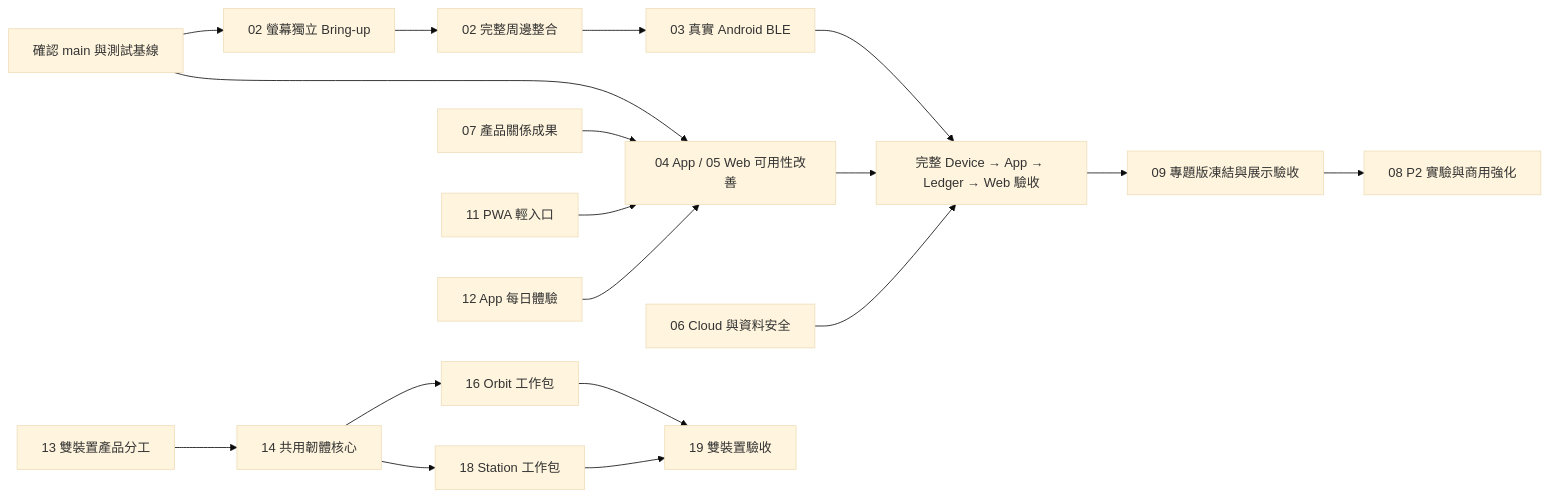
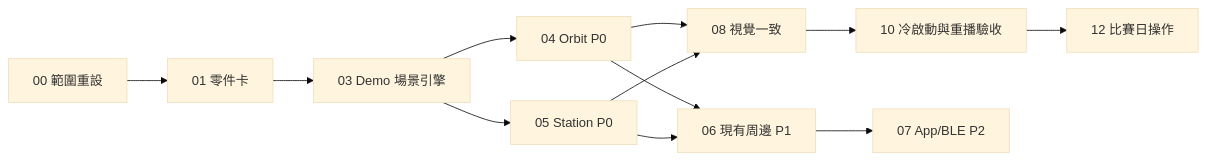
The diagram in docs/work-packages/README.md (z1nnz/graduation-project-nudge), drawn with Mermaid (base theme) before and after one commit. The commit also changed other lines of this file and 45 other files, not shown here.

Commit message:
docs: rescope device work packages for competition demo

````diff
--- a/docs/work-packages/README.md
+++ b/docs/work-packages/README.md
@@ -54,20 +55,14 @@
 ```mermaid
 flowchart LR
-  A[確認 main 與測試基線] --> B[02 螢幕獨立 Bring-up]
-  A --> C[04 App / 05 Web 可用性改善]
-  B --> D[02 完整周邊整合]
-  D --> E[03 真實 Android BLE]
-  E --> F[完整 Device → App → Ledger → Web 驗收]
-  C --> F
-  G[06 Cloud 與資料安全] --> F
-  H[07 產品關係成果] --> C
-  K[11 PWA 輕入口] --> C
-  L[12 App 每日體驗] --> C
-  M[13 雙裝置產品分工] --> N[14 共用韌體核心]
-  N --> O[16 Orbit 工作包]
-  N --> P[18 Station 工作包]
-  O --> Q[19 雙裝置驗收]
-  P --> Q
-  F --> I[09 專題版凍結與展示驗收]
-  I --> J[08 P2 實驗與商用強化]
+  A[00 範圍重設] --> B[01 零件卡]
+  B --> C[03 Demo 場景引擎]
+  C --> D[04 Orbit P0]
+  C --> E[05 Station P0]
+  D --> F[08 視覺一致]
+  E --> F
+  F --> G[10 冷啟動與重播驗收]
+  G --> H[12 比賽日操作]
+  D --> I[06 現有周邊 P1]
+  E --> I
+  I --> J[07 App/BLE P2]
 ```
````
